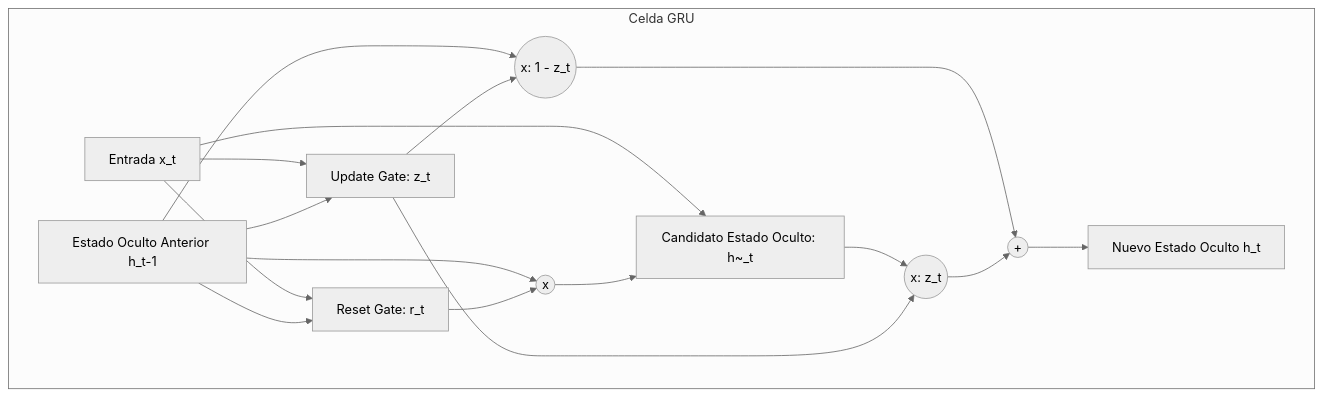
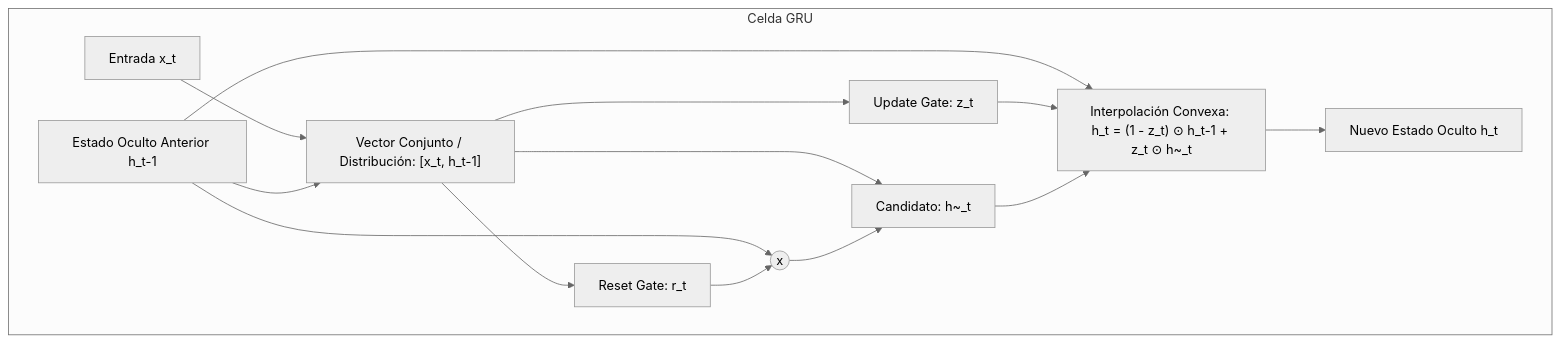
The third of 4 diagrams in appendix/2DA FASE/us-mulcia-2026-ramon/docs/GRU-D_teoria.md (ramontr025/tfm-mulcia-2025), drawn with Mermaid (neutral theme) before and after one commit. The commit also changed other lines of this file and 36 other files, not shown here.

````diff
--- a/appendix/2DA FASE/us-mulcia-2026-ramon/docs/GRU-D_teoria.md
+++ b/appendix/2DA FASE/us-mulcia-2026-ramon/docs/GRU-D_teoria.md
@@ -134,26 +136,27 @@
 ```mermaid
 graph TD
     subgraph Celda GRU
-        xt[Entrada x_t] --> z_gate[Update Gate: z_t]
-        xt --> r_gate[Reset Gate: r_t]
-        xt --> h_cand[Candidato Estado Oculto: h~_t]
+        %% Entradas recurrentes y distribución
+        xt[Entrada x_t] --> comb["Vector Conjunto / Distribución: [x_t, h_t-1]"]
+        ht_prev[Estado Oculto Anterior h_t-1] --> comb
         
-        ht_prev[Estado Oculto Anterior h_t-1] --> z_gate
-        ht_prev --> r_gate
+        %% Compuertas de control
+        comb --> r_gate[Reset Gate: r_t]
+        comb --> z_gate[Update Gate: z_t]
+        
+        %% Estado Candidato modulado por Reset
         ht_prev --> mul_r((x))
+        r_gate --> mul_r
         
-        r_gate --> mul_r
+        comb --> h_cand["Candidato: h~_t"]
         mul_r --> h_cand
         
-        ht_prev --> mul_z_prev((x: 1 - z_t))
-        z_gate --> mul_z_prev
+        %% Interpolación directa hacia el nuevo Estado Oculto (sin Cell State)
+        interp["Interpolación Convexa: h_t = (1 - z_t) ⊙ h_t-1 + z_t ⊙ h~_t"]
+        ht_prev --> interp
+        z_gate --> interp
+        h_cand --> interp
         
-        h_cand --> mul_z_cand((x: z_t))
-        z_gate --> mul_z_cand
-        
-        mul_z_prev --> add_h((+))
-        mul_z_cand --> add_h
-        
-        add_h --> ht[Nuevo Estado Oculto h_t]
+        interp --> ht[Nuevo Estado Oculto h_t]
     end
 ```
````
